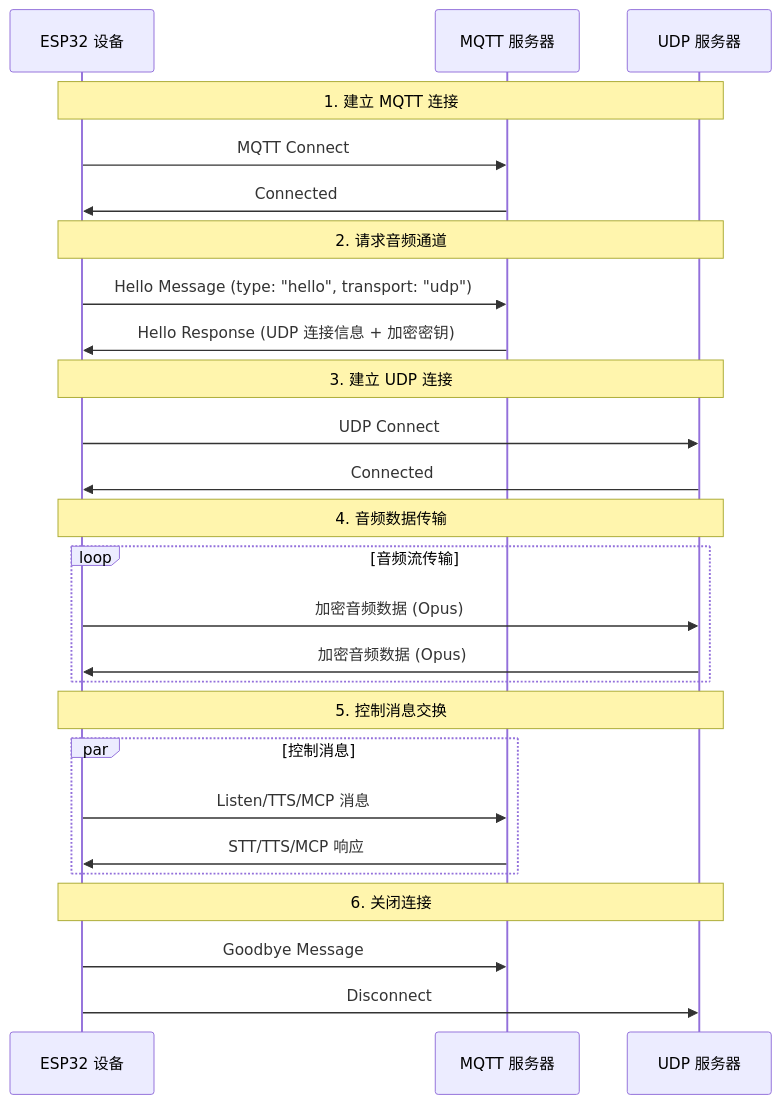
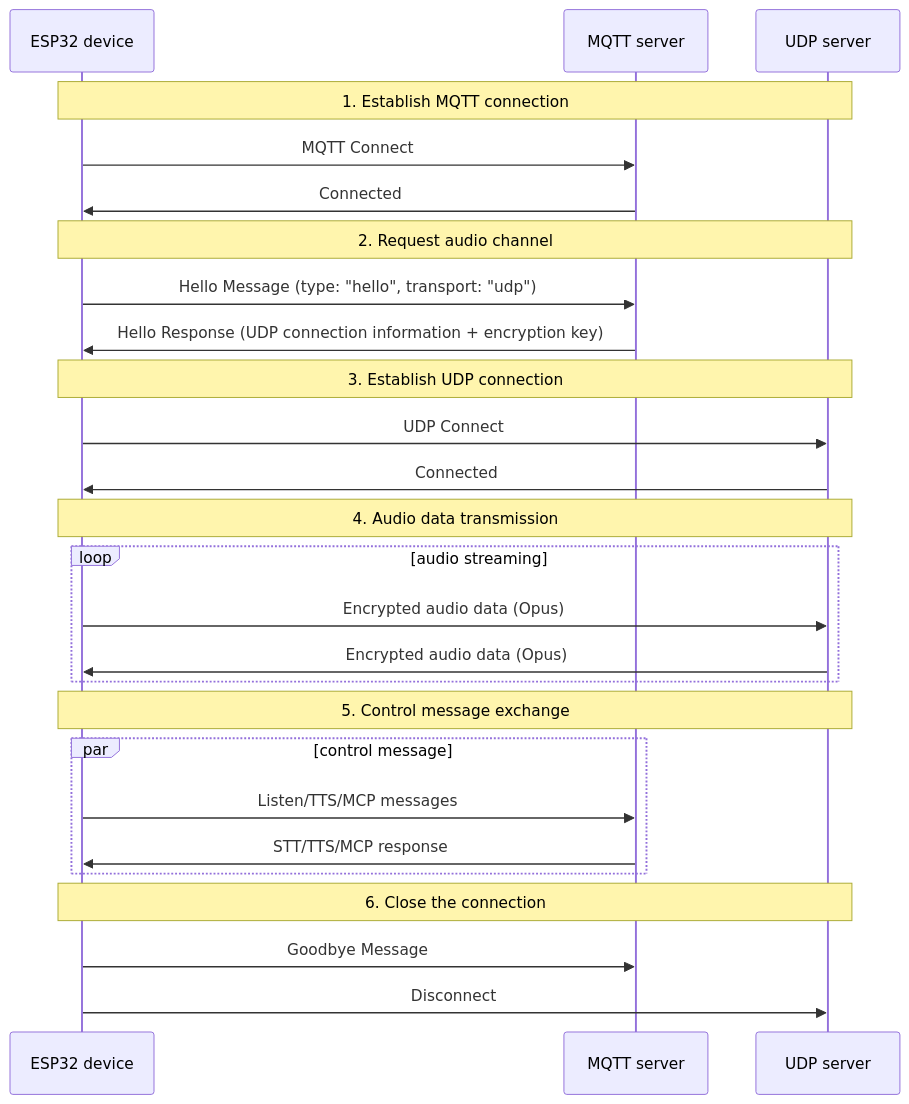
Before and after one commit to 78/xiaozhi-esp32: the first of 2 diagrams in docs/mqtt-udp.md, drawn with Mermaid. The commit also changed other lines of this file and 4 other files, not shown here.

````diff
--- a/docs/mqtt-udp.md
+++ b/docs/mqtt-udp.md
@@ -24,34 +24,34 @@
 ```mermaid
 sequenceDiagram
-    participant Device as ESP32 设备
-    participant MQTT as MQTT 服务器
-    participant UDP as UDP 服务器
+    participant Device as ESP32 device
+    participant MQTT as MQTT server
+    participant UDP as UDP server
 
-    Note over Device, UDP: 1. 建立 MQTT 连接
+    Note over Device, UDP: 1. Establish MQTT connection
     Device->>MQTT: MQTT Connect
     MQTT->>Device: Connected
 
-    Note over Device, UDP: 2. 请求音频通道
+    Note over Device, UDP: 2. Request audio channel
     Device->>MQTT: Hello Message (type: "hello", transport: "udp")
-    MQTT->>Device: Hello Response (UDP 连接信息 + 加密密钥)
+    MQTT->>Device: Hello Response (UDP connection information + encryption key)
 
-    Note over Device, UDP: 3. 建立 UDP 连接
+    Note over Device, UDP: 3. Establish UDP connection
     Device->>UDP: UDP Connect
     UDP->>Device: Connected
 
-    Note over Device, UDP: 4. 音频数据传输
-    loop 音频流传输
-        Device->>UDP: 加密音频数据 (Opus)
-        UDP->>Device: 加密音频数据 (Opus)
+    Note over Device, UDP: 4. Audio data transmission
+    loop audio streaming
+        Device->>UDP: Encrypted audio data (Opus)
+        UDP->>Device: Encrypted audio data (Opus)
     end
 
-    Note over Device, UDP: 5. 控制消息交换
-    par 控制消息
-        Device->>MQTT: Listen/TTS/MCP 消息
-        MQTT->>Device: STT/TTS/MCP 响应
+    Note over Device, UDP: 5. Control message exchange
+    par control message
+        Device->>MQTT: Listen/TTS/MCP messages
+        MQTT->>Device: STT/TTS/MCP response
     end
 
-    Note over Device, UDP: 6. 关闭连接
+    Note over Device, UDP: 6. Close the connection
     Device->>MQTT: Goodbye Message
     Device->>UDP: Disconnect
 ```
````
